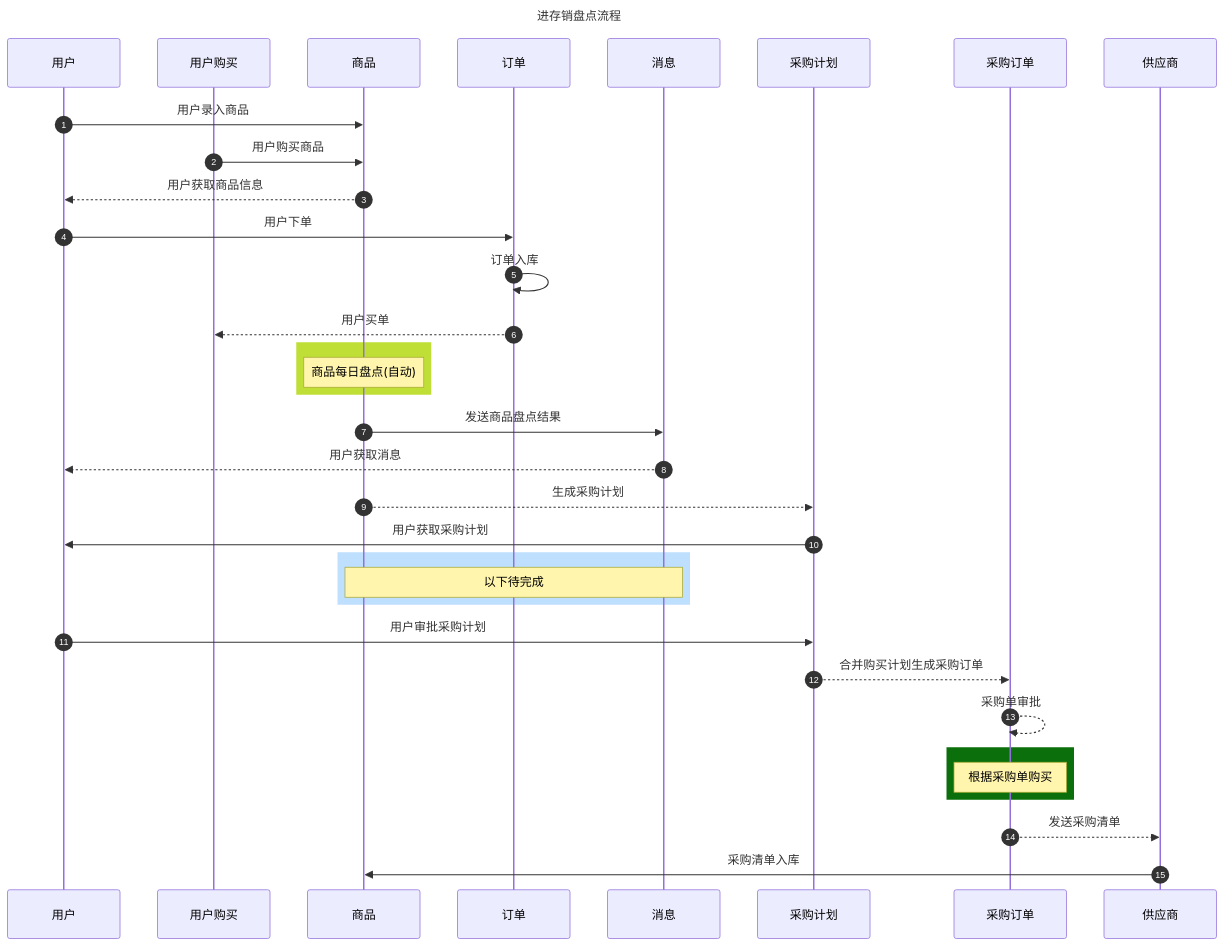
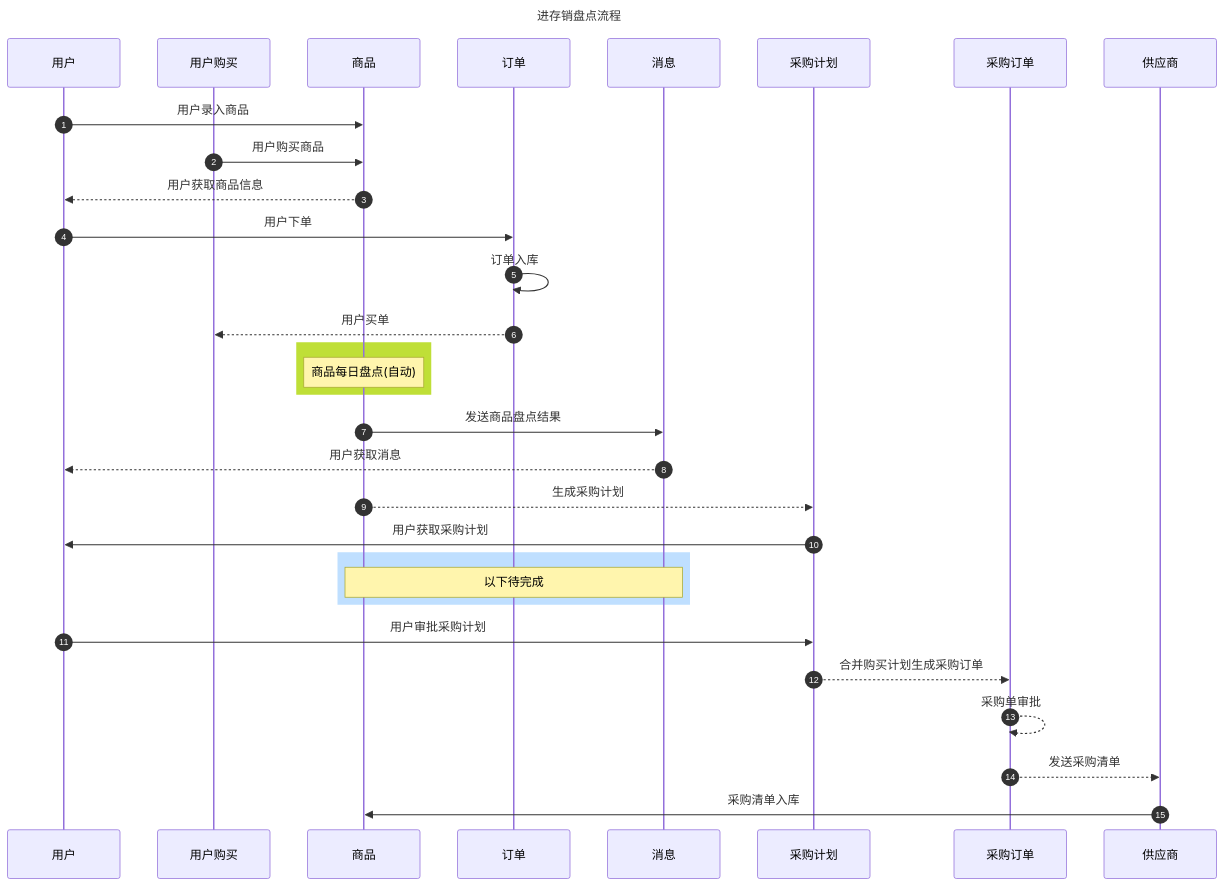
Before and after one commit to fca197/aps-inventory-sales: the second of 4 diagrams in README.md, drawn with Mermaid.

Commit message:
20240328 - 供应商维护

````diff
--- a/README.md
+++ b/README.md
@@ -34,41 +34,38 @@
 ```mermaid
 
 sequenceDiagram
 autonumber
 title: 进存销盘点流程
 participant U as 用户
 participant BU as 用户购买
 participant G as 商品
 participant O as  订单
 participant M as  消息
 participant BB as  采购计划
 participant BO as  采购订单
 participant S as   供应商
 
 
 U->>G: 用户录入商品
 BU->>G: 用户购买商品
 G-->>U: 用户获取商品信息
 U->>O: 用户下单
 O->>O: 订单入库
 O-->>BU: 用户买单
 rect rgb(191, 223, 55)
 Note over G: 商品每日盘点(自动)
 end
 G->>M: 发送商品盘点结果
 M-->>U: 用户获取消息
 G-->>BB: 生成采购计划
 BB->>U: 用户获取采购计划
 rect rgb(191, 223, 255)
 Note over G,M:  以下待完成
 end 
 U->>BB: 用户审批采购计划
 BB-->>BO: 合并购买计划生成采购订单
 BO-->>BO: 采购单审批
-rect rgb(11, 112, 12)
-    note over BO: 根据采购单购买 
-end
 BO-->>S : 发送采购清单
 S->>G: 采购清单入库 
 
 ```
````
